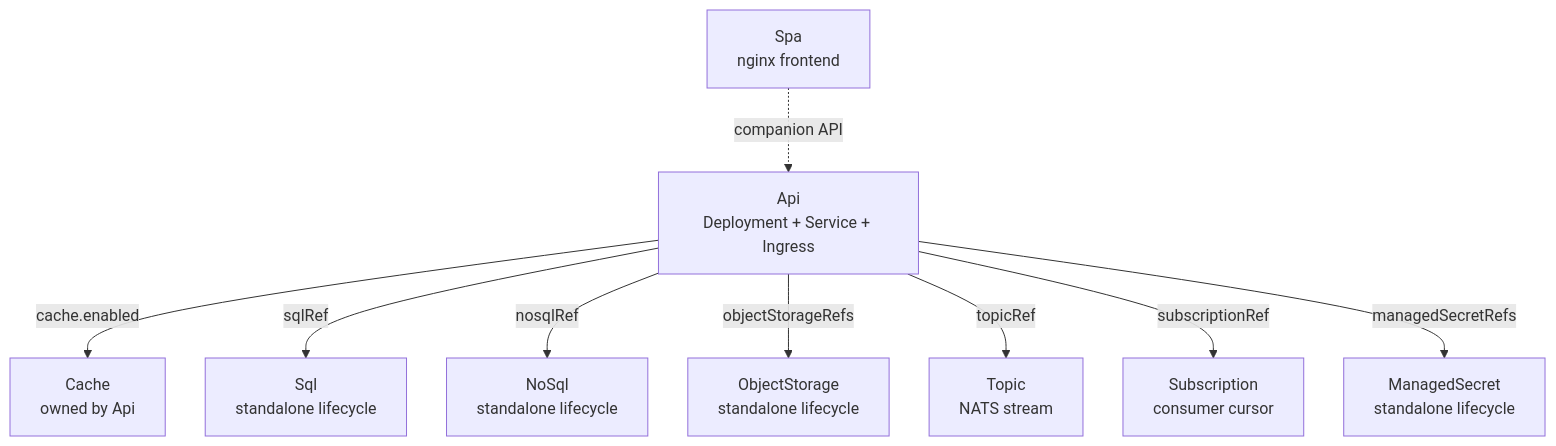
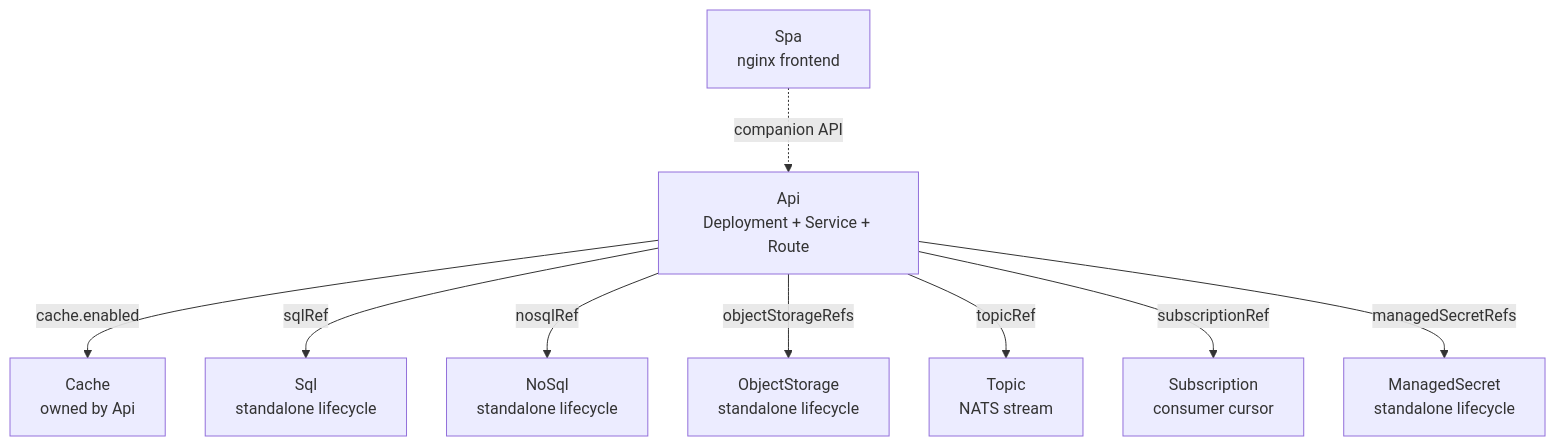
Before and after one commit to cujarrett/homelab: the first of 2 diagrams in platform/README.md, drawn with Mermaid. The commit also changed other lines of this file and 40 other files, not shown here.

Commit message:
feat: move every route to Gateway API HTTPRoutes and retire SecretMirror

````diff
--- a/platform/README.md
+++ b/platform/README.md
@@ -38,22 +38,22 @@
 ```mermaid
 %%{init: {'flowchart': {'nodeSpacing': 40, 'rankSpacing': 60}}}%%
 flowchart TD
-    api["Api\nDeployment + Service + Ingress"]
+    api["Api\nDeployment + Service + Route"]
     spa["Spa\nnginx frontend"]
     cache["Cache\nowned by Api"]
     sql["Sql\nstandalone lifecycle"]
     nosql["NoSql\nstandalone lifecycle"]
     xos["ObjectStorage\nstandalone lifecycle"]
     topic["Topic\nNATS stream"]
     xsub["Subscription\nconsumer cursor"]
     xms["ManagedSecret\nstandalone lifecycle"]
 
     api -->|"cache.enabled"| cache
     api -->|"sqlRef"| sql
     api -->|"nosqlRef"| nosql
     api -->|"objectStorageRefs"| xos
     api -->|"topicRef"| topic
     api -->|"subscriptionRef"| xsub
     api -->|"managedSecretRefs"| xms
     spa -.->|"companion API"| api
 ```
````
